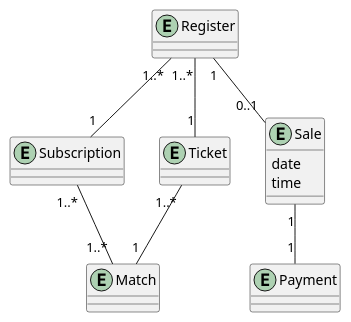
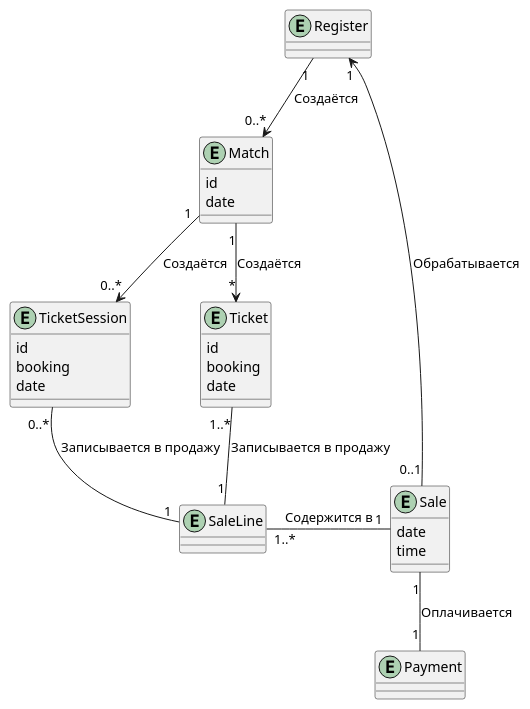
The diagram in Модель предметной области.md (penamarth/bsbo-03-23_team4_var10_football), drawn with PlantUML before and after one commit. The commit also changed 1 other file, not shown here.

Commit message:
Обновление Модели предметной области

```diff
--- a/Модель предметной области.md
+++ b/Модель предметной области.md
@@ -1,27 +1,38 @@
 @startuml
-entity Payment
 
+entity Register
 entity Match
-
+{
+    id
+    date
+}
+entity Ticket
+{
+    id
+    booking
+    date
+}
+entity TicketSession
+{
+    id
+    booking
+    date
+}
+entity SaleLine
 entity Sale
 {
     date
     time
 }
+entity Payment
 
-entity Ticket
-
-entity Subscription
-
-entity Register
-
-Match "1" -up- "1..*" Ticket
-Ticket "1" -up- "1..*" Register
-
-Match "1..*" -up- "1..*" Subscription
-Subscription "1" -up- "1..*" Register
-
-Register "1" -down- "0..1" Sale
-Sale "1" -down- "1" Payment
+Register "1" <-down- "0..1" Sale : Обрабатывается
+Register "1" -down-> "0..*" Match : Создаётся
+Match "1" -down-> "*" Ticket : Создаётся
+Match "1" -down-> "0..*" TicketSession : Создаётся
+Ticket "1..*" -down- "1" SaleLine : Записывается в продажу
+TicketSession "0..*" -down- "1" SaleLine : Записывается в продажу
+SaleLine "1..*" -right- "1" Sale : Содержится в
+Sale "1" -down- "1" Payment : Оплачивается
 
 @enduml
```
